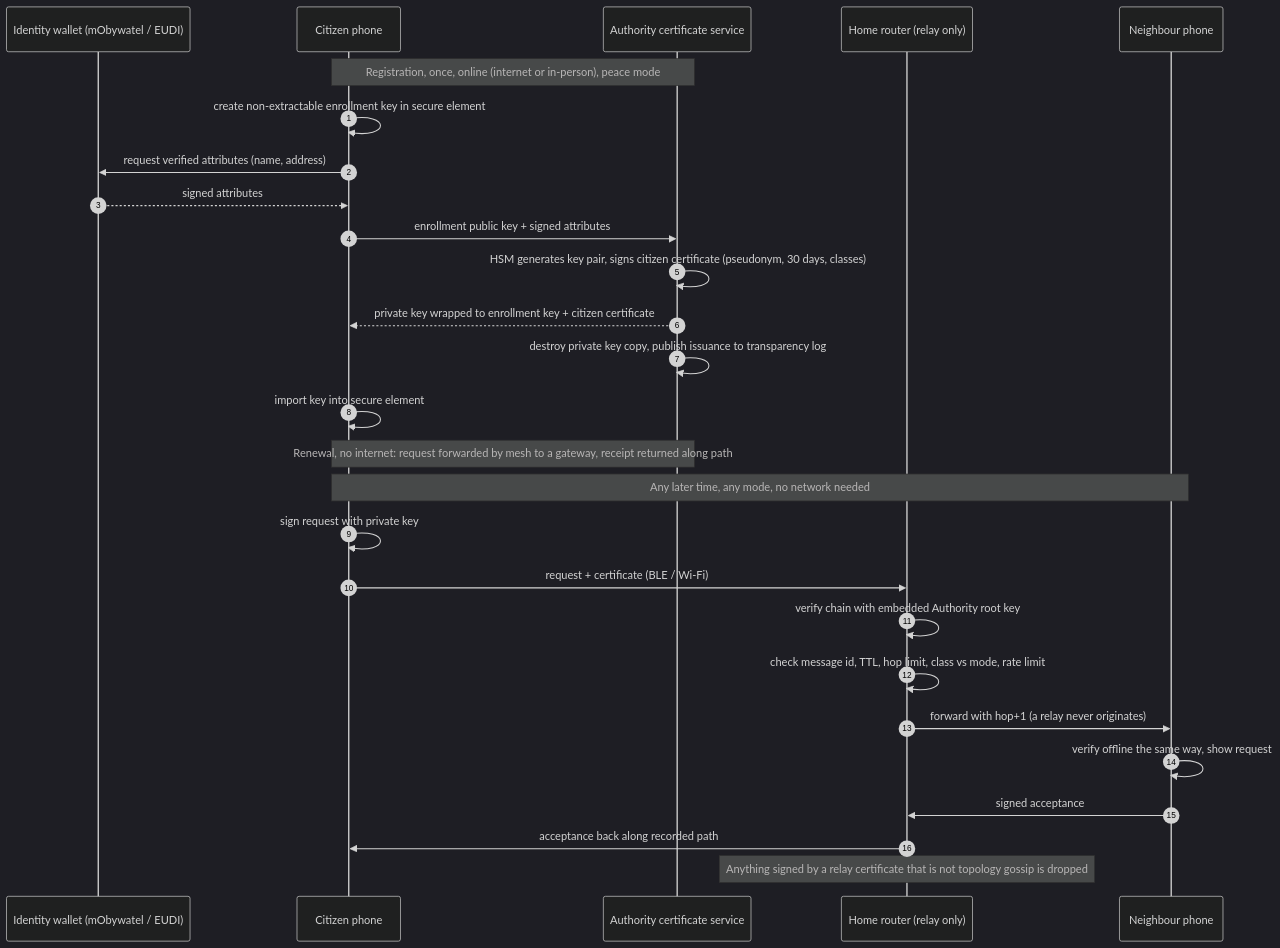
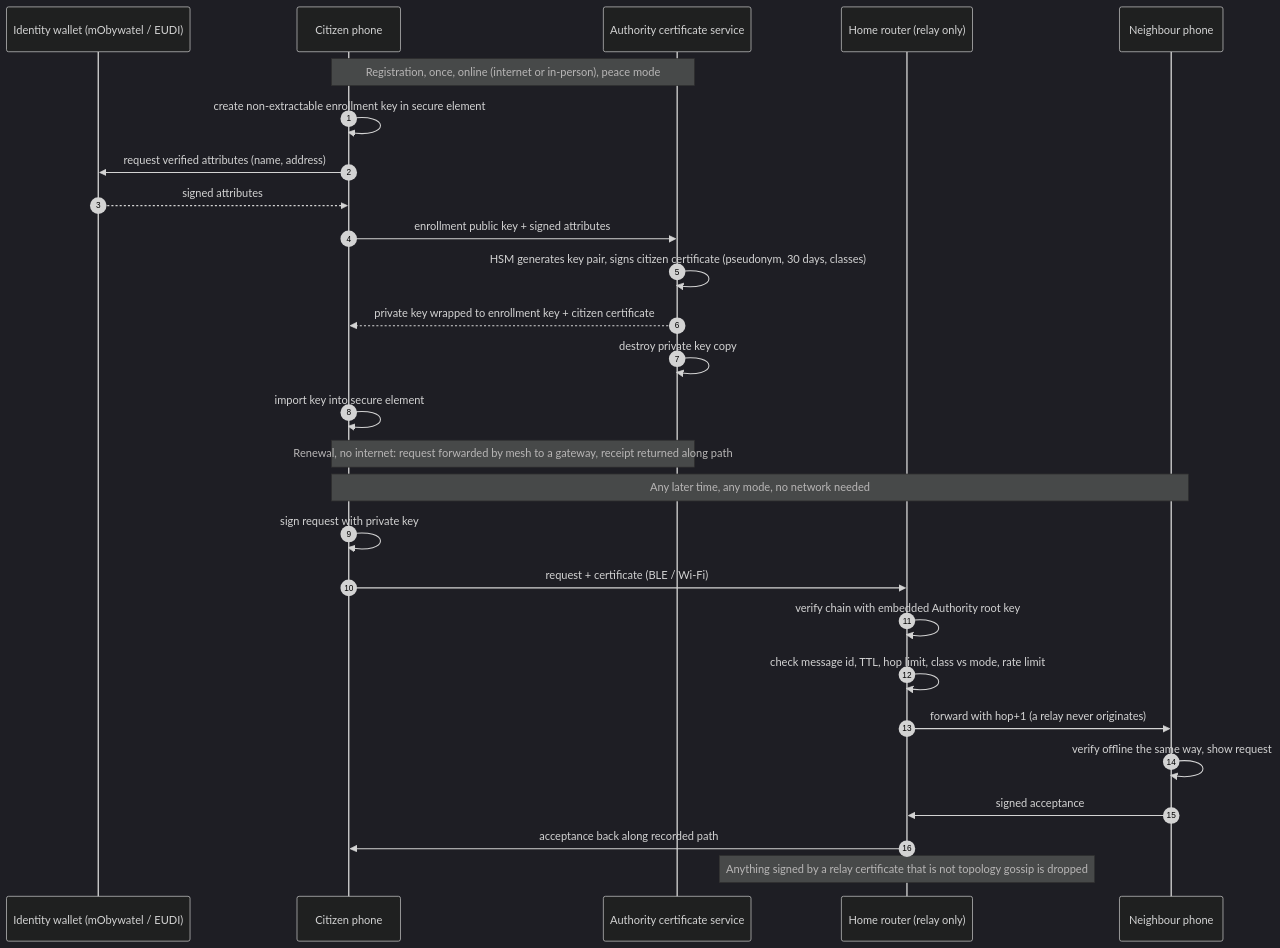
The diagram in docs/diagrams/02-trust-model.mmd (theapexlab/hackyeah2026), drawn with Mermaid (dark theme) before and after one commit. The commit also changed 11 other files, not shown here.

```diff
--- a/docs/diagrams/02-trust-model.mmd
+++ b/docs/diagrams/02-trust-model.mmd
@@ -1,27 +1,27 @@
 sequenceDiagram
   autonumber
   participant W as Identity wallet (mObywatel / EUDI)
   participant P as Citizen phone
   participant A as Authority certificate service
   participant R as Home router (relay only)
   participant N as Neighbour phone
   Note over P,A: Registration, once, online (internet or in-person), peace mode
   P->>P: create non-extractable enrollment key in secure element
   P->>W: request verified attributes (name, address)
   W-->>P: signed attributes
   P->>A: enrollment public key + signed attributes
   A->>A: HSM generates key pair, signs citizen certificate (pseudonym, 30 days, classes)
   A-->>P: private key wrapped to enrollment key + citizen certificate
-  A->>A: destroy private key copy, publish issuance to transparency log
+  A->>A: destroy private key copy
   P->>P: import key into secure element
   Note over P,A: Renewal, no internet: request forwarded by mesh to a gateway, receipt returned along path
   Note over P,N: Any later time, any mode, no network needed
   P->>P: sign request with private key
   P->>R: request + certificate (BLE / Wi-Fi)
   R->>R: verify chain with embedded Authority root key
   R->>R: check message id, TTL, hop limit, class vs mode, rate limit
   R->>N: forward with hop+1 (a relay never originates)
   N->>N: verify offline the same way, show request
   N->>R: signed acceptance
   R->>P: acceptance back along recorded path
   Note over R: Anything signed by a relay certificate that is not topology gossip is dropped
```
